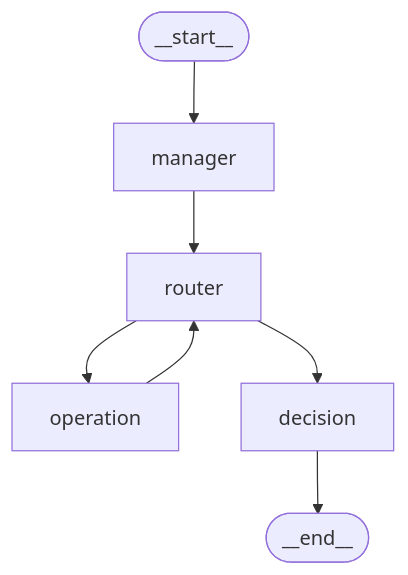
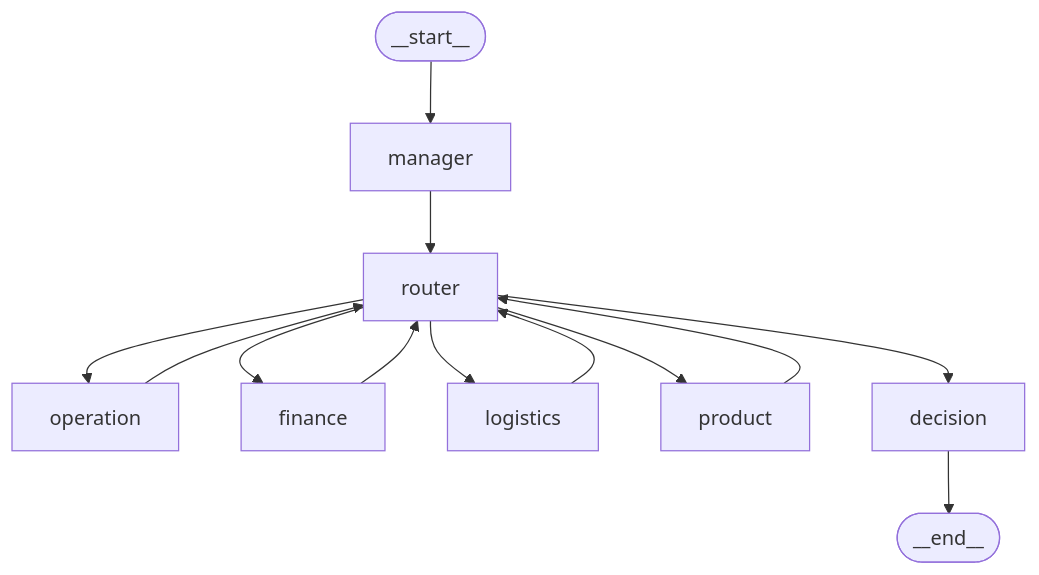
The third of 3 diagrams in README.md (zsw11/SweetAgent), drawn with Mermaid before and after one commit. The commit also changed other lines of this file and 13 other files, not shown here.

````diff
--- a/README.md
+++ b/README.md
@@ -261,9 +262,15 @@
 ```mermaid
 flowchart TD
     __start__([__start__]) --> manager
     manager --> router
     router --> operation
+    router --> finance
+    router --> logistics
     operation --> router
+    finance --> router
+    logistics --> router
+    router --> product
+    product --> router
     router --> decision
     decision --> __end__([__end__])
 ```
````
